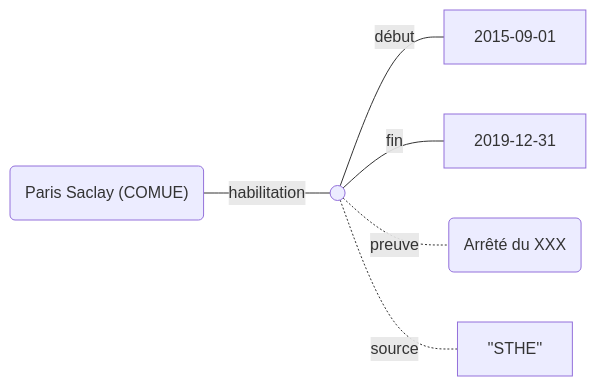
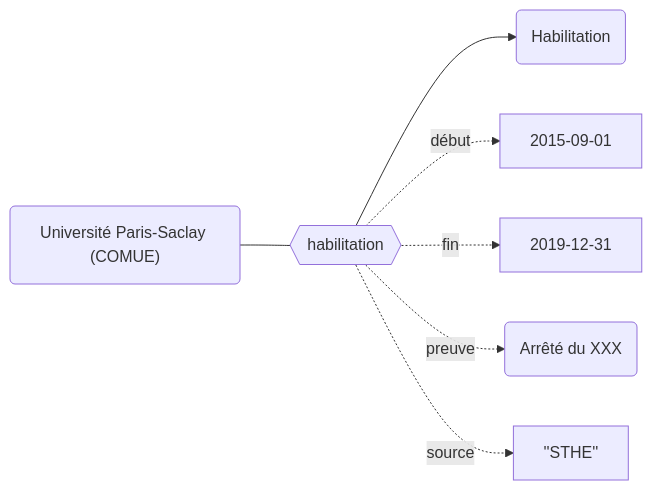
Before and after one commit to abes-esr/movies-doc: the second of 2 diagrams in docs/Modélisation Movies/Habilitation Doctorale.md, drawn with Mermaid. The commit also changed other lines of this file and 28 other files, not shown here.

````diff
--- a/docs/Modélisation Movies/Habilitation Doctorale.md
+++ b/docs/Modélisation Movies/Habilitation Doctorale.md
@@ -24,10 +26,11 @@
 ```mermaid
 graph LR
-    PS("Paris Saclay (COMUE)") 
-    HAB(( ))
-    PS --- |habilitation| HAB
-    HAB ---|début| 2015-09-01
-    HAB ---|fin| 2019-12-31
-    HAB -.- |preuve| PreuveHAB(Arrêté du XXX)
-    HAB -.- |source| SourceHAB[''STHE'']
+    PS("Université Paris-Saclay (COMUE)") 
+    HAB{{habilitation}}
+
+    PS --- HAB --> H(Habilitation)
+    HAB -.-> |début| 2015-09-01
+    HAB -.-> |fin| 2019-12-31
+    HAB -.-> |preuve| PreuveHAB(Arrêté du XXX)
+    HAB -.-> |source| SourceHAB[''STHE'']
 ```
````
